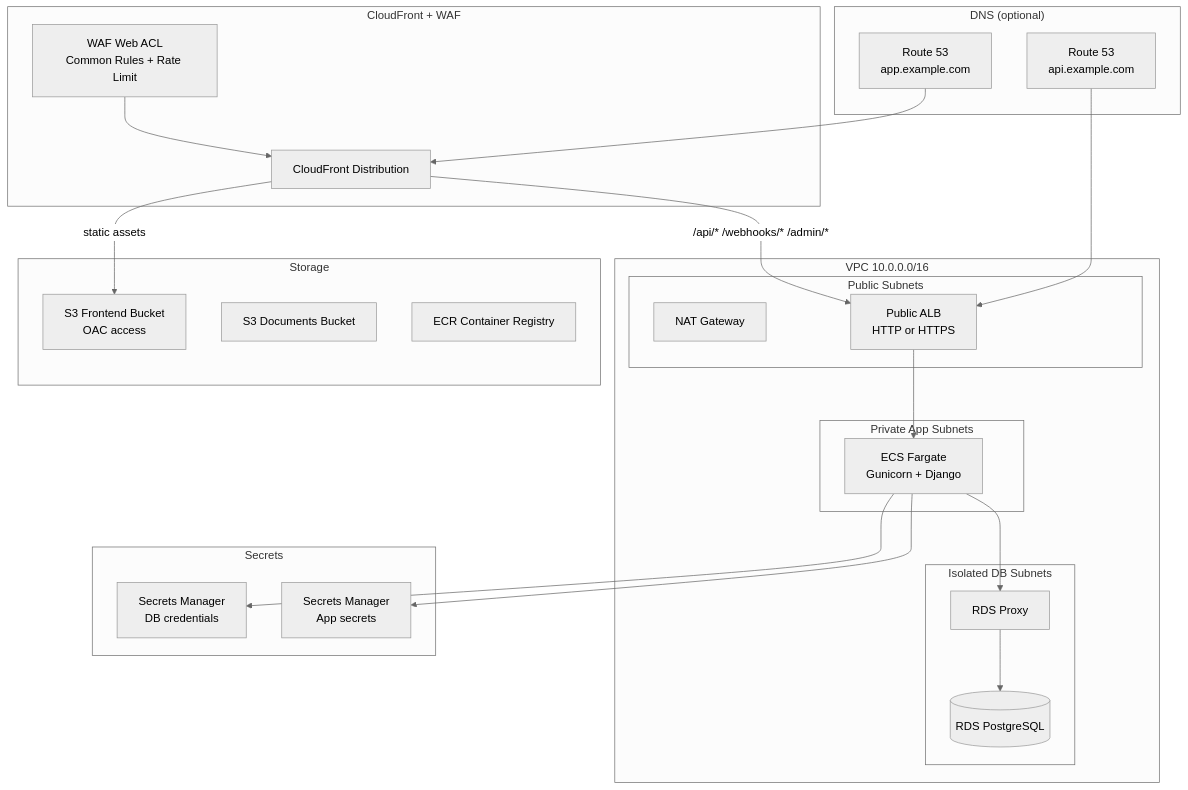
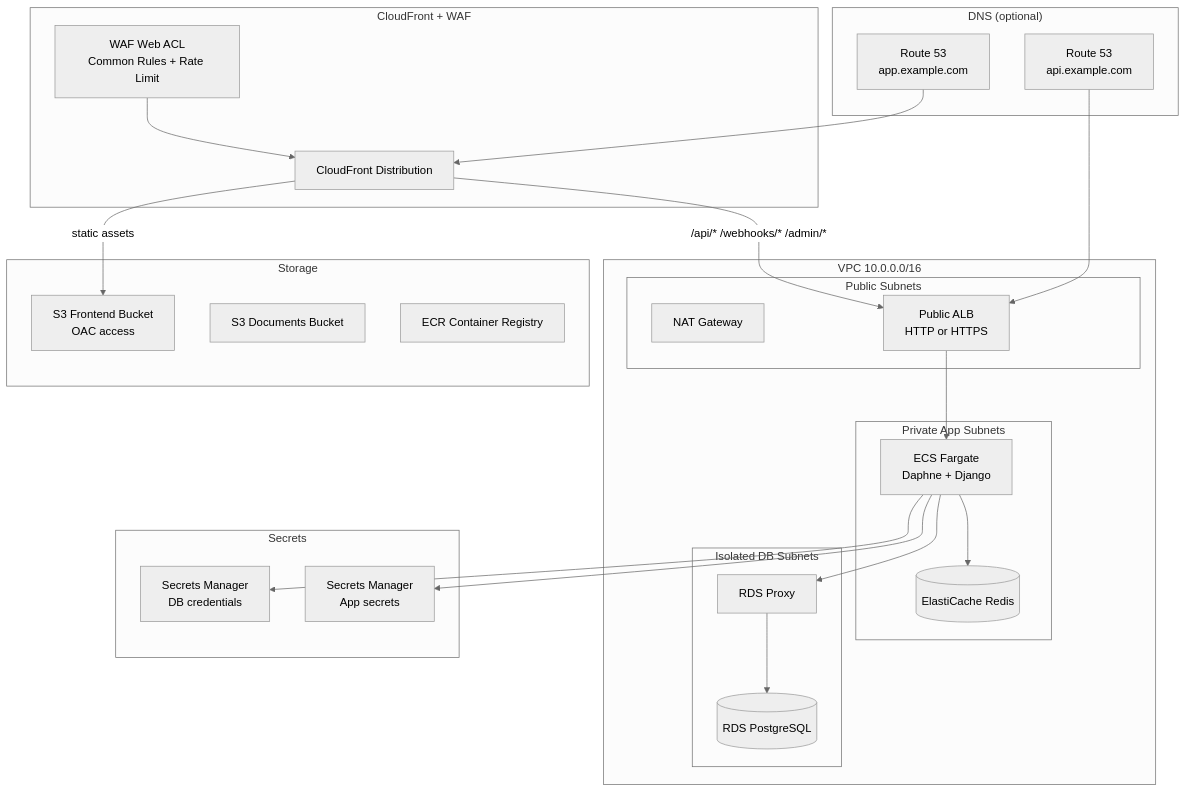
One commit to staniborII/corgi_policy_administration_t1 changed the third of 4 diagrams in docs/ARCHITECTURE.md. Above: the diagram before and after it, drawn with Mermaid (neutral theme). The commit also changed other lines of this file and 70 other files, not shown here.

````diff
--- a/docs/ARCHITECTURE.md
+++ b/docs/ARCHITECTURE.md
@@ -227,48 +233,50 @@
 ```mermaid
 flowchart TB
     subgraph DNS["DNS (optional)"]
         R53_WEB[Route 53<br/>app.example.com]
         R53_API[Route 53<br/>api.example.com]
     end
 
     subgraph CF["CloudFront + WAF"]
         CDN[CloudFront Distribution]
         WAF_ACL[WAF Web ACL<br/>Common Rules + Rate Limit]
     end
 
     subgraph VPC["VPC 10.0.0.0/16"]
         subgraph Public["Public Subnets"]
             NAT[NAT Gateway]
             ALB[Public ALB<br/>HTTP or HTTPS]
         end
         subgraph Private["Private App Subnets"]
-            ECS[ECS Fargate<br/>Gunicorn + Django]
+            ECS[ECS Fargate<br/>Daphne + Django]
+            ELASTICACHE[(ElastiCache Redis)]
         end
         subgraph Isolated["Isolated DB Subnets"]
             PROXY[RDS Proxy]
             RDS[(RDS PostgreSQL)]
         end
     end
 
     subgraph Storage
         S3[S3 Frontend Bucket<br/>OAC access]
         DOCS_S3[S3 Documents Bucket]
         ECR[ECR Container Registry]
     end
 
     subgraph Secrets
         SM_DB[Secrets Manager<br/>DB credentials]
         SM_APP[Secrets Manager<br/>App secrets]
     end
 
     R53_WEB --> CDN
     R53_API --> ALB
     CDN -->|/api/* /webhooks/* /admin/*| ALB
     CDN -->|static assets| S3
     WAF_ACL --> CDN
     ALB --> ECS
     ECS --> PROXY
     PROXY --> RDS
+    ECS --> ELASTICACHE
     ECS --> SM_DB
     ECS --> SM_APP
 ```
````
